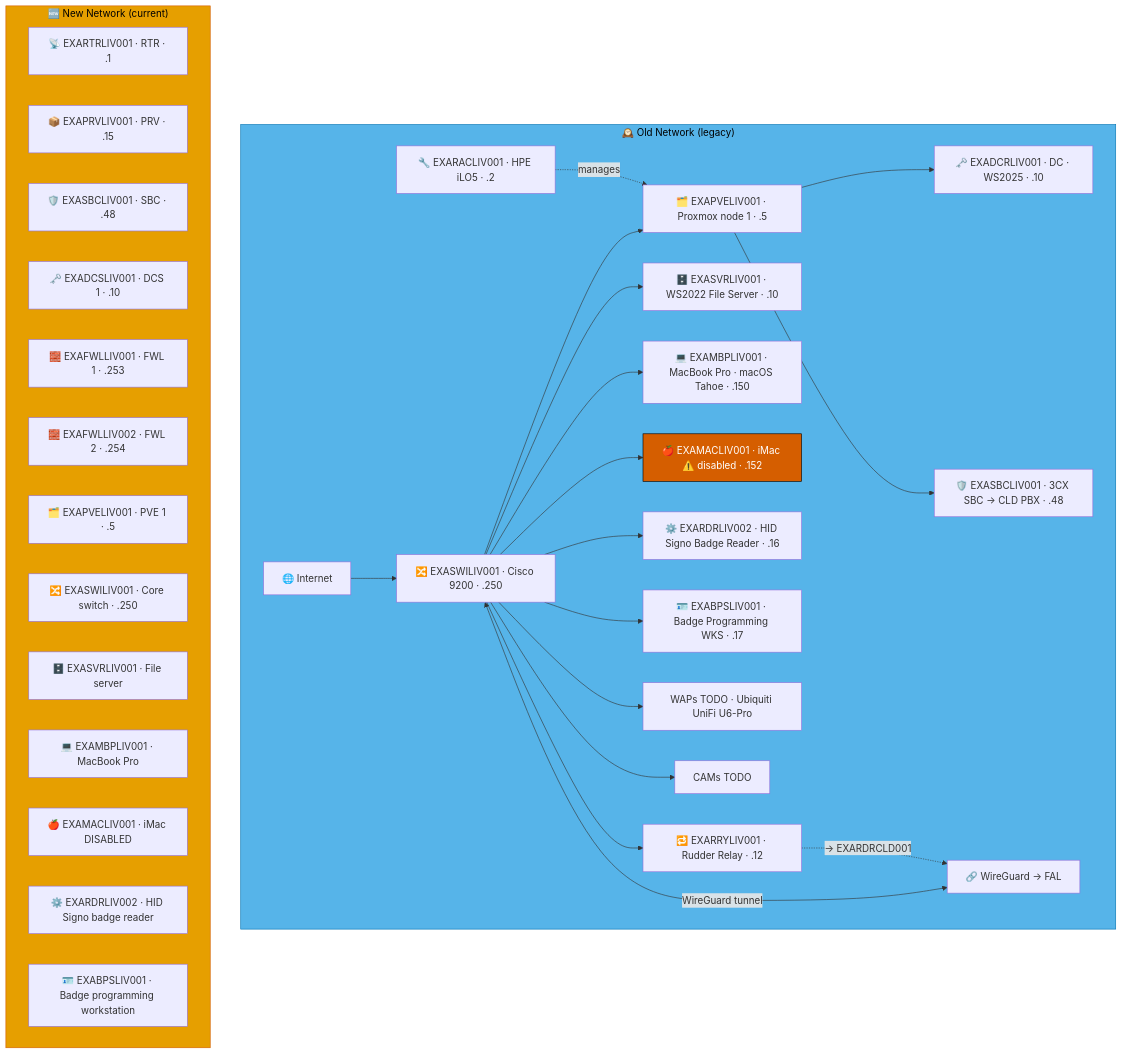
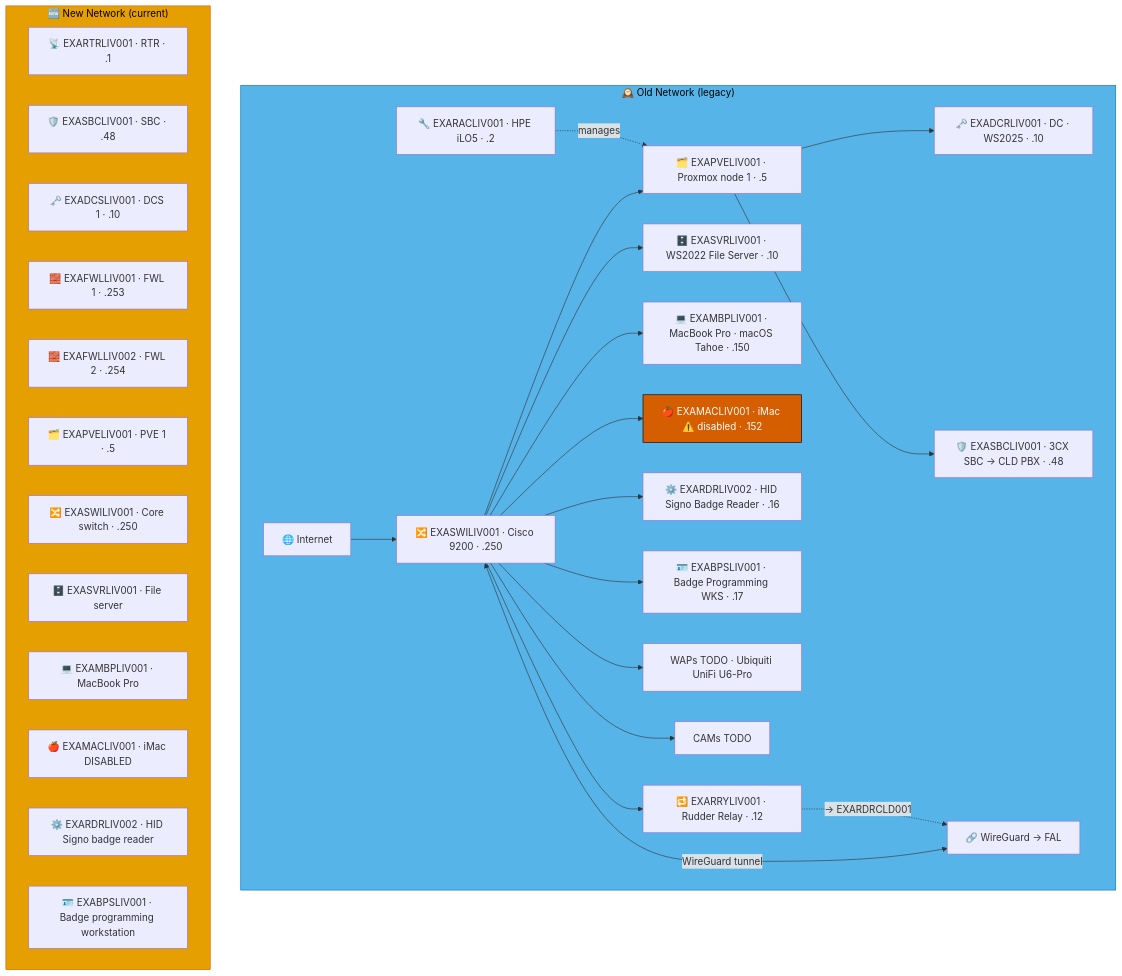
One commit to knightmare2600/example_music_infra changed the fourth of 9 diagrams in docs/network-diagram/england.md. Above: the diagram before and after it, drawn with Mermaid. The commit also changed other lines of this file and 55 other files, not shown here.

````diff
--- a/docs/network-diagram/england.md
+++ b/docs/network-diagram/england.md
@@ -206,50 +203,49 @@
 ```mermaid
 graph TD
     subgraph OLD_LIV ["🕰️ Old Network (legacy)"]
       INET["🌐 Internet"]
       SW["🔀 EXASWILIV001 · Cisco 9200 · .250"]
       RAC["🔧 EXARACLIV001 · HPE iLO5 · .2"]
       PVE["🗂️ EXAPVELIV001 · Proxmox node 1 · .5"]
       DC["🗝️ EXADCRLIV001 · DC · WS2025 · .10"]
       SBC["🛡️ EXASBCLIV001 · 3CX SBC → CLD PBX · .48"]
       RRY["🔁 EXARRYLIV001 · Rudder Relay · .12"]
       SRV["🗄️ EXASVRLIV001 · WS2022 File Server · .10"]
       MBP["💻 EXAMBPLIV001 · MacBook Pro · macOS Tahoe · .150"]
       MAC["🍎 EXAMACLIV001 · iMac ⚠️ disabled · .152"]
       RDR["⚙️ EXARDRLIV002 · HID Signo Badge Reader · .16"]
       BPS["🪪 EXABPSLIV001 · Badge Programming WKS · .17"]
       WAP["WAPs TODO · Ubiquiti UniFi U6-Pro"]
       CAM["CAMs TODO"]
       VPN["🔗 WireGuard → FAL"]
 
       INET --> SW
       SW --> PVE --> DC & SBC
       RAC -.->|"manages"| PVE
       SW --> SRV & MBP & MAC & RDR & BPS & WAP & CAM
       SW <-->|"WireGuard tunnel"| VPN
 
       SW --> RRY
       RRY -. "→ EXARDRCLD001" .-> VPN
     end
     style OLD_LIV fill:#56B4E9,stroke:#0072B2,color:#000000
     %% GENERATED:NEW-NETWORK:LIV:START
     subgraph NEW_LIV ["🆕 New Network (current)"]
       N_RTR["📡 EXARTRLIV001 · RTR · .1"]
-      N_PRV["📦 EXAPRVLIV001 · PRV · .15"]
       N_SBC["🛡️ EXASBCLIV001 · SBC · .48"]
       N_DCS["🗝️ EXADCSLIV001 · DCS 1 · .10"]
       N_FWL["🧱 EXAFWLLIV001 · FWL 1 · .253"]
       N_FWL2["🧱 EXAFWLLIV002 · FWL 2 · .254"]
       N_PVE["🗂️ EXAPVELIV001 · PVE 1 · .5"]
       N_SWI["🔀 EXASWILIV001 · Core switch · .250"]
       N_SVR["🗄️ EXASVRLIV001 · File server"]
       N_MBP["💻 EXAMBPLIV001 · MacBook Pro"]
       N_MAC["🍎 EXAMACLIV001 · iMac DISABLED"]
       N_RDR["⚙️ EXARDRLIV002 · HID Signo badge reader"]
       N_BPS["🪪 EXABPSLIV001 · Badge programming workstation"]
     end
     style NEW_LIV fill:#E69F00,stroke:#D55E00,color:#000000
     %% GENERATED:NEW-NETWORK:LIV:END
     classDef warn fill:#D55E00,stroke:#000000,color:#ffffff
     class MAC warn
 ```
````
